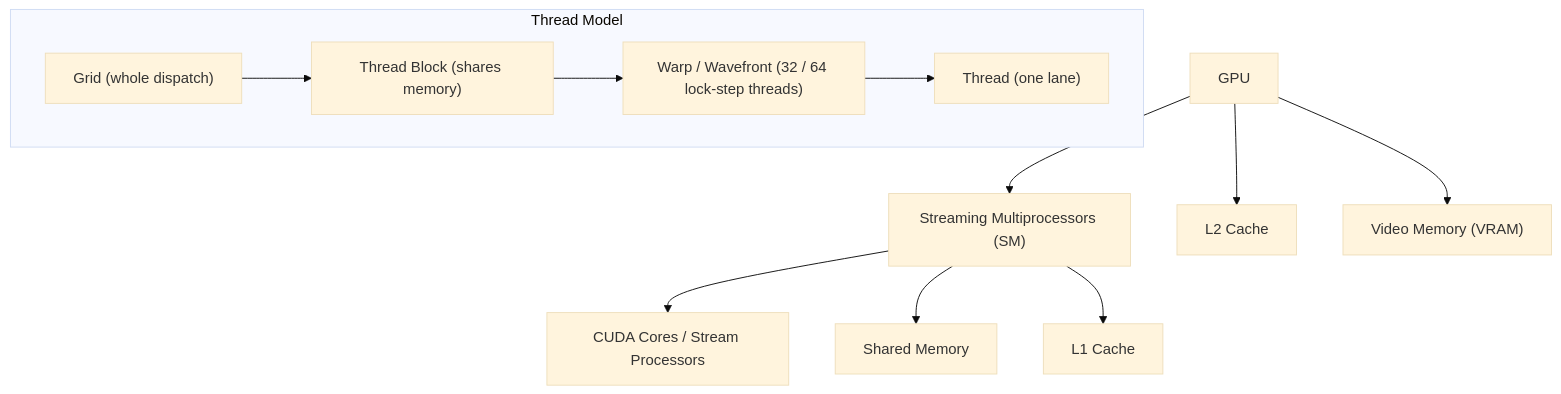
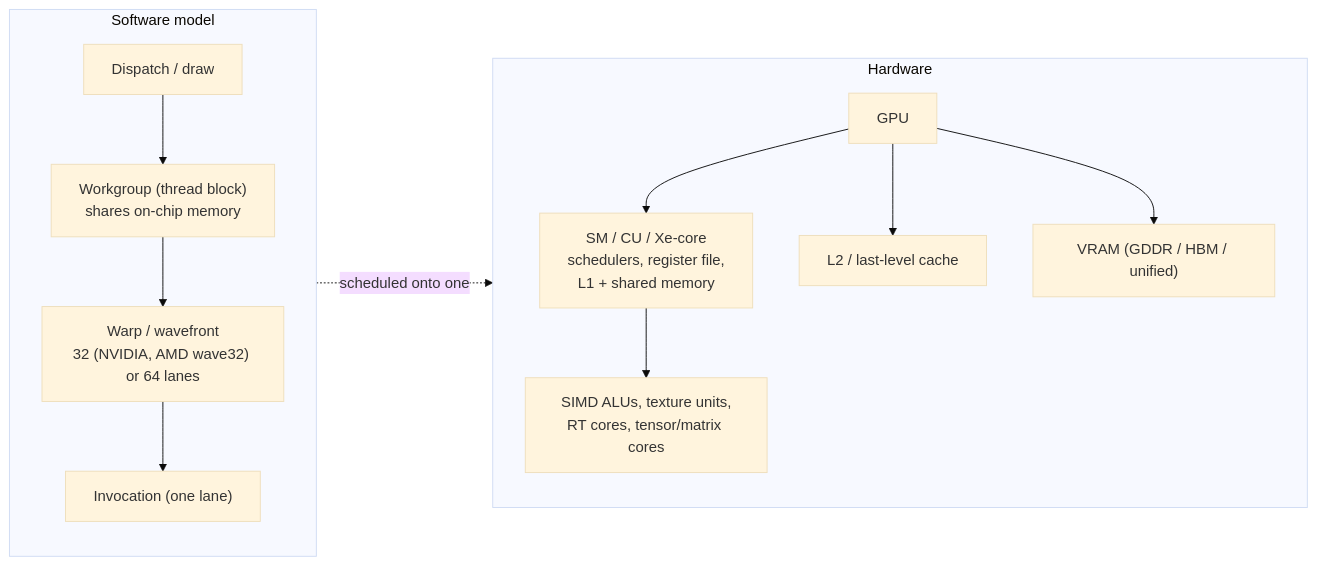
The seventh of 7 diagrams in github-pages/docs/graphics/3d-rendering.md (AndrewAltimit/Documentation), drawn with Mermaid (base theme) before and after one commit. The commit also changed other lines of this file and 240 other files, not shown here.

````diff
--- a/github-pages/docs/graphics/3d-rendering.md
+++ b/github-pages/docs/graphics/3d-rendering.md
@@ -331,14 +364,17 @@
 ```mermaid
-flowchart TD
-    GPU["GPU"] --> SM["Streaming Multiprocessors (SM)"]
-    GPU --> L2["L2 Cache"]
-    GPU --> VRAM["Video Memory (VRAM)"]
-    SM --> Cores["CUDA Cores / Stream Processors"]
-    SM --> SMem["Shared Memory"]
-    SM --> L1["L1 Cache"]
-    subgraph Thread Model
-      Grid["Grid (whole dispatch)"] --> Block["Thread Block (shares memory)"]
-      Block --> Warp["Warp / Wavefront (32 / 64 lock-step threads)"]
-      Warp --> Thread["Thread (one lane)"]
+flowchart LR
+    subgraph SW["Software model"]
+      direction TB
+      G["Dispatch / draw"] --> WG["Workgroup (thread block)<br/>shares on-chip memory"]
+      WG --> WV["Warp / wavefront<br/>32 (NVIDIA, AMD wave32) or 64 lanes"]
+      WV --> T["Invocation (one lane)"]
     end
+    subgraph HW["Hardware"]
+      direction TB
+      GPU["GPU"] --> SM["SM / CU / Xe-core<br/>schedulers, register file,<br/>L1 + shared memory"]
+      SM --> U["SIMD ALUs, texture units,<br/>RT cores, tensor/matrix cores"]
+      GPU --> L2["L2 / last-level cache"]
+      GPU --> VRAM["VRAM (GDDR / HBM / unified)"]
+    end
+    WG -. "scheduled onto one" .-> SM
 ```
````
